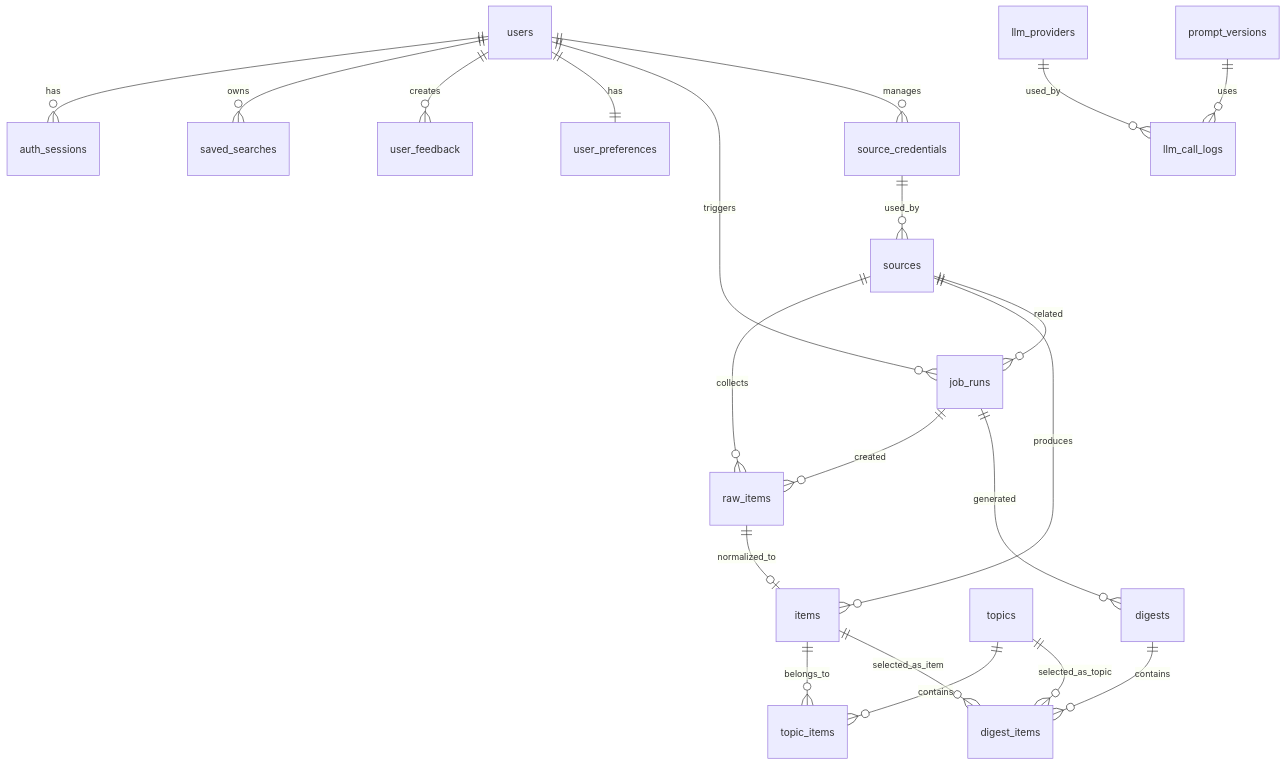
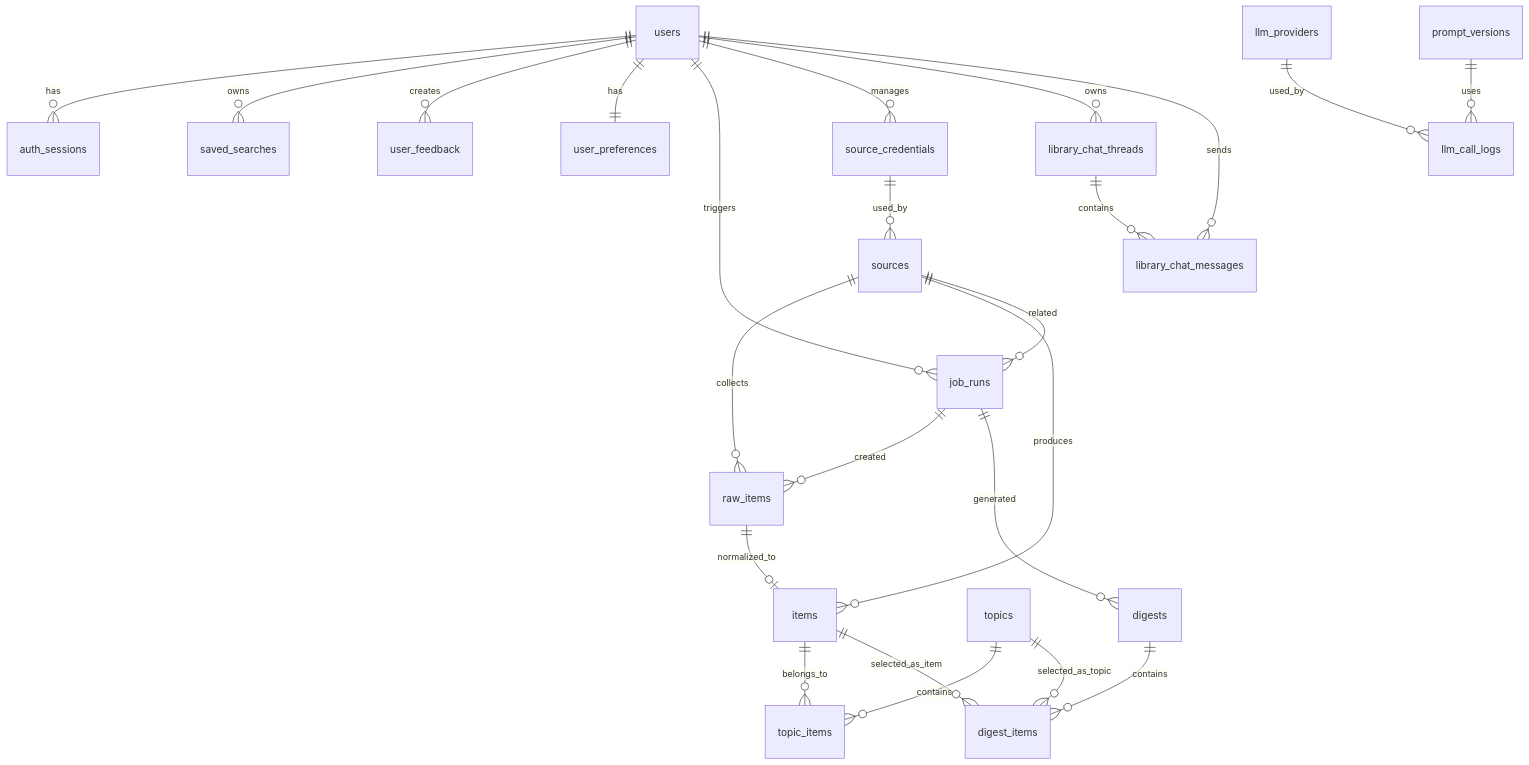
The diagram in docs/design/database-design.md (ZJM189/Daily_News), drawn with Mermaid before and after one commit. The commit also changed other lines of this file and 41 other files, not shown here.

Commit message:
Add library chat assistant

````diff
--- a/docs/design/database-design.md
+++ b/docs/design/database-design.md
@@ -98,27 +106,30 @@
 ```mermaid
 erDiagram
     users ||--o{ auth_sessions : has
     users ||--o{ saved_searches : owns
     users ||--o{ user_feedback : creates
     users ||--|| user_preferences : has
     users ||--o{ job_runs : triggers
     users ||--o{ source_credentials : manages
+    users ||--o{ library_chat_threads : owns
+    users ||--o{ library_chat_messages : sends
 
     source_credentials ||--o{ sources : used_by
     sources ||--o{ raw_items : collects
     sources ||--o{ items : produces
     sources ||--o{ job_runs : related
 
     raw_items ||--o| items : normalized_to
     topics ||--o{ topic_items : contains
     items ||--o{ topic_items : belongs_to
 
     digests ||--o{ digest_items : contains
     items ||--o{ digest_items : selected_as_item
     topics ||--o{ digest_items : selected_as_topic
 
     llm_providers ||--o{ llm_call_logs : used_by
     prompt_versions ||--o{ llm_call_logs : uses
     job_runs ||--o{ raw_items : created
     job_runs ||--o{ digests : generated
+    library_chat_threads ||--o{ library_chat_messages : contains
 ```
````
